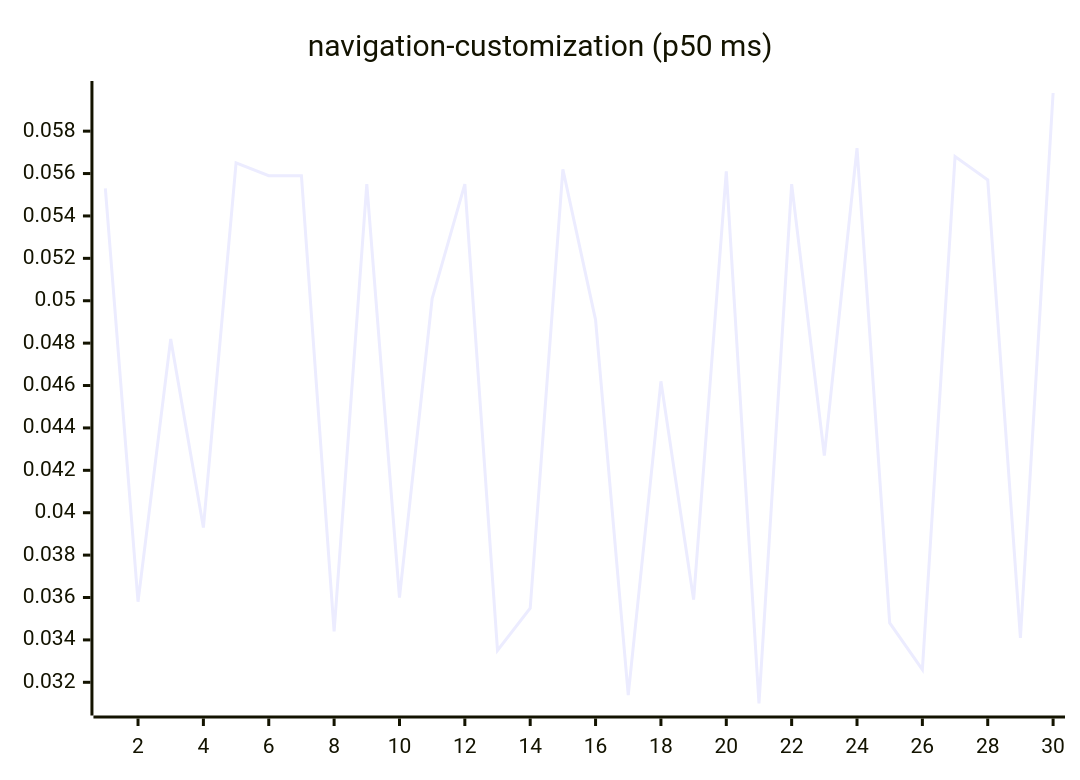
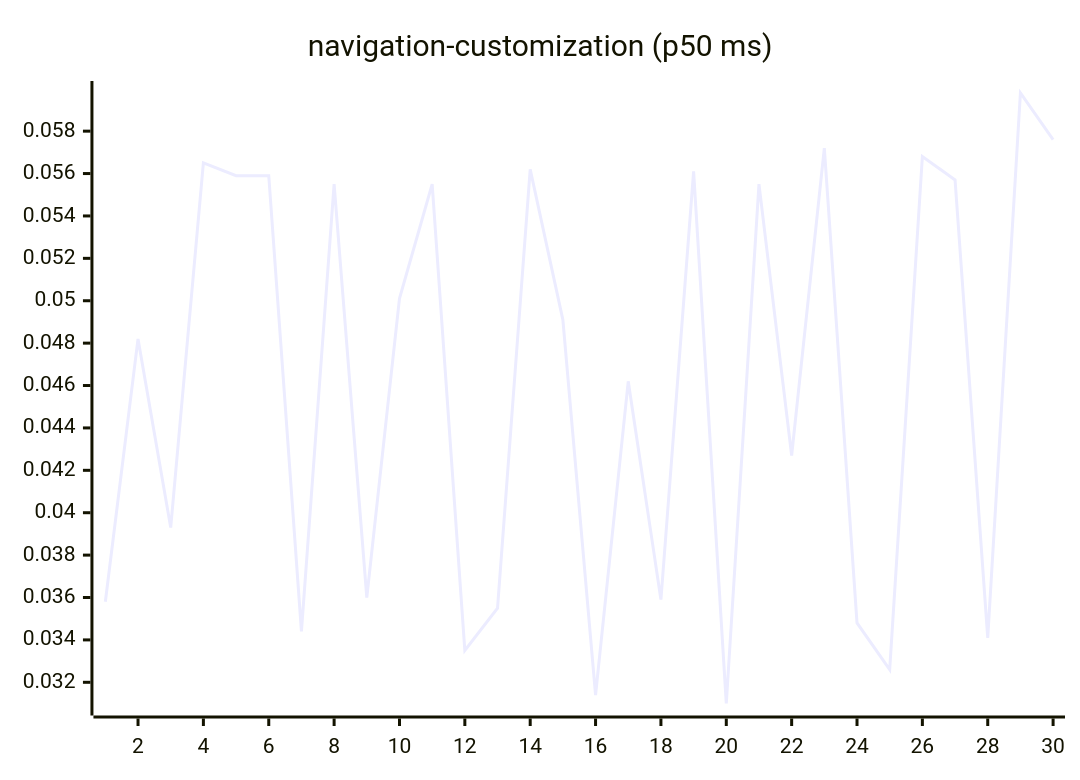
One commit to josha/Facet changed diagram 15 of 27 in README.md. Above: the diagram before and after it, drawn with Mermaid. The commit also changed other lines of this file and 2 other files, not shown here.

````diff
--- a/README.md
+++ b/README.md
@@ -161,6 +161,6 @@
 ```mermaid
 xychart-beta
     title "navigation-customization (p50 ms)"
     x-axis 1 --> 30
-    line [0.0553, 0.0358, 0.0482, 0.0393, 0.0565, 0.0559, 0.0559, 0.0344, 0.0555, 0.0360, 0.0501, 0.0555, 0.0335, 0.0355, 0.0562, 0.0491, 0.0314, 0.0462, 0.0359, 0.0561, 0.0310, 0.0555, 0.0427, 0.0572, 0.0348, 0.0326, 0.0568, 0.0557, 0.0341, 0.0598]
+    line [0.0358, 0.0482, 0.0393, 0.0565, 0.0559, 0.0559, 0.0344, 0.0555, 0.0360, 0.0501, 0.0555, 0.0335, 0.0355, 0.0562, 0.0491, 0.0314, 0.0462, 0.0359, 0.0561, 0.0310, 0.0555, 0.0427, 0.0572, 0.0348, 0.0326, 0.0568, 0.0557, 0.0341, 0.0598, 0.0576]
 ```
````
